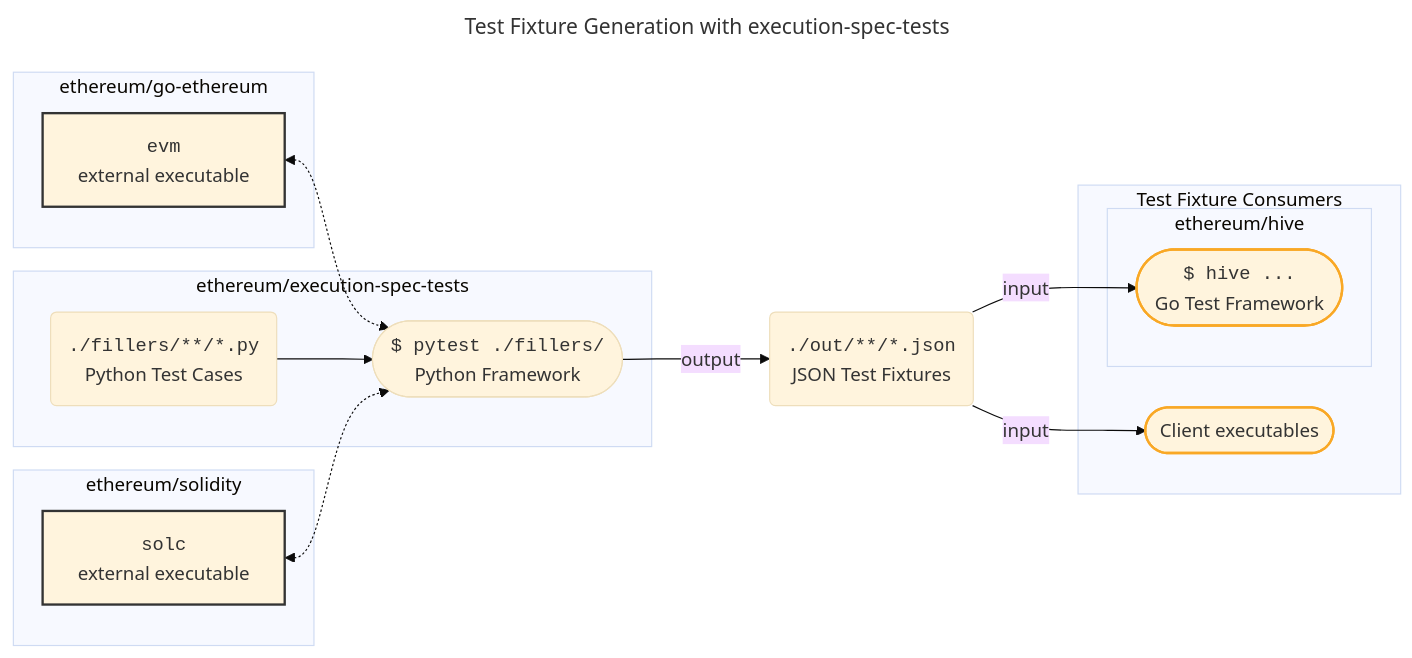
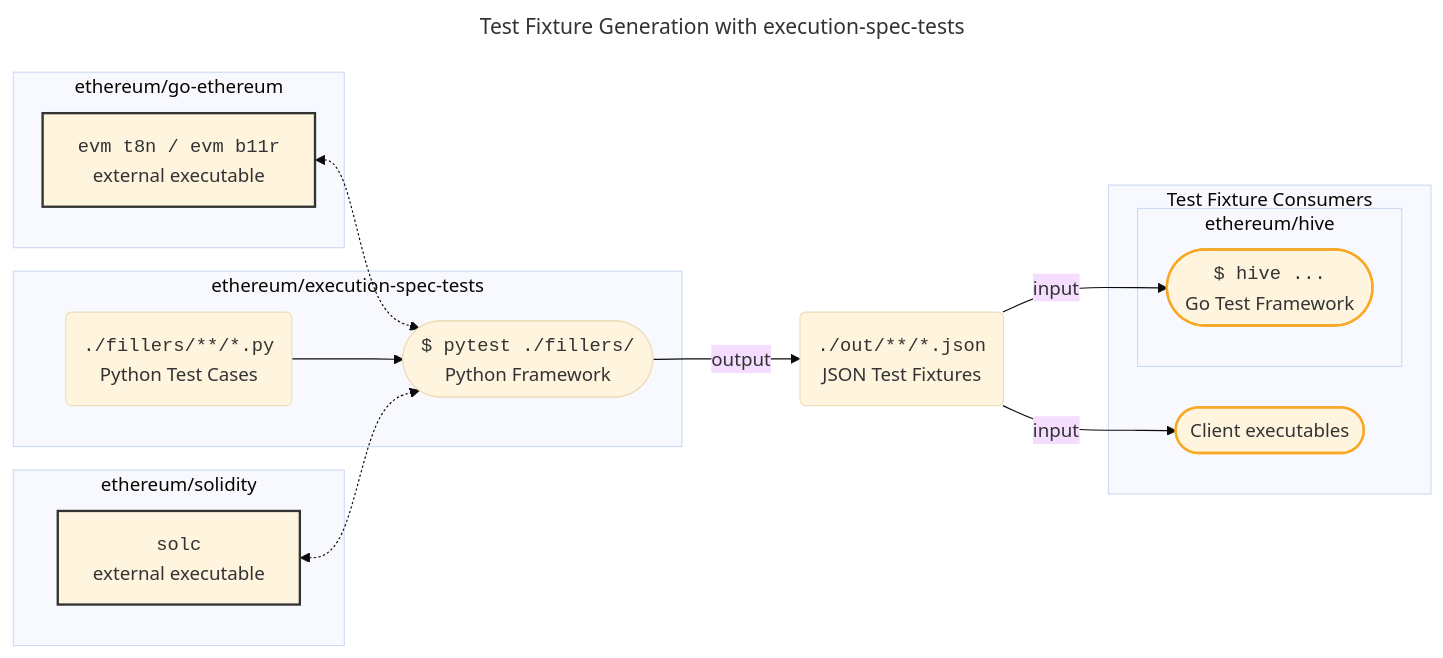
Before and after one commit to richardgreg/execution-specs: the diagram in index.md, drawn with Mermaid (base theme). The commit also changed other lines of this file, not shown here.

Commit message:
docs: elaborate on t8n and b11r in overview and chart

````diff
--- a/index.md
+++ b/index.md
@@ -13,37 +15,37 @@
 ```mermaid
 ---
 title: Test Fixture Generation with execution-spec-tests
 ---
 flowchart LR
   style C stroke:#333,stroke-width:2px
   style D stroke:#333,stroke-width:2px
   style F stroke:#F9A825,stroke-width:2px
   style G stroke:#F9A825,stroke-width:2px
   
   subgraph ethereum/go-ethereum
-    C[<code>evm</code>\nexternal executable]
+    C[<code>evm t8n / evm b11r</code>\nexternal executable]
   end
 
   subgraph ethereum/solidity
     D[<code>solc</code>\nexternal executable]
   end
 
   subgraph ethereum/execution-spec-tests
     A(<code>./fillers/**/*.py</code>\nPython Test Cases)
     B([<code>$ pytest ./fillers/</code>\nPython Framework])
   end
 
   subgraph Test Fixture Consumers
     subgraph ethereum/hive
       F([<code>$ hive ...</code>\nGo Test Framework])
     end
     G([Client executables])
   end
 
   C <-.-> B  
   A --> B
   D <-.-> B
   B -->|output| E(<code>./out/**/*.json</code>\nJSON Test Fixtures)
   E -->|input| F
   E -->|input| G
 ```
````
